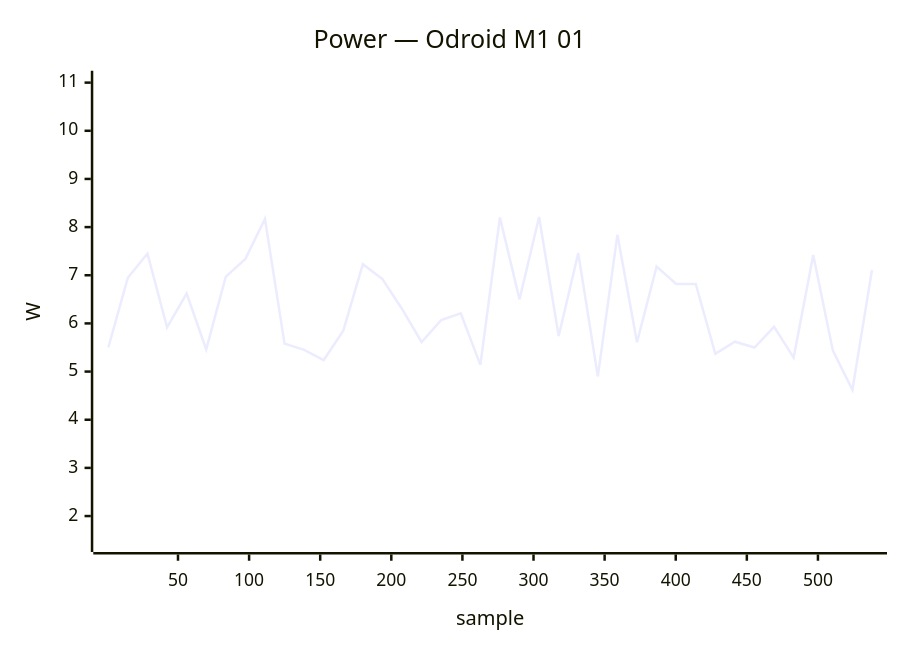
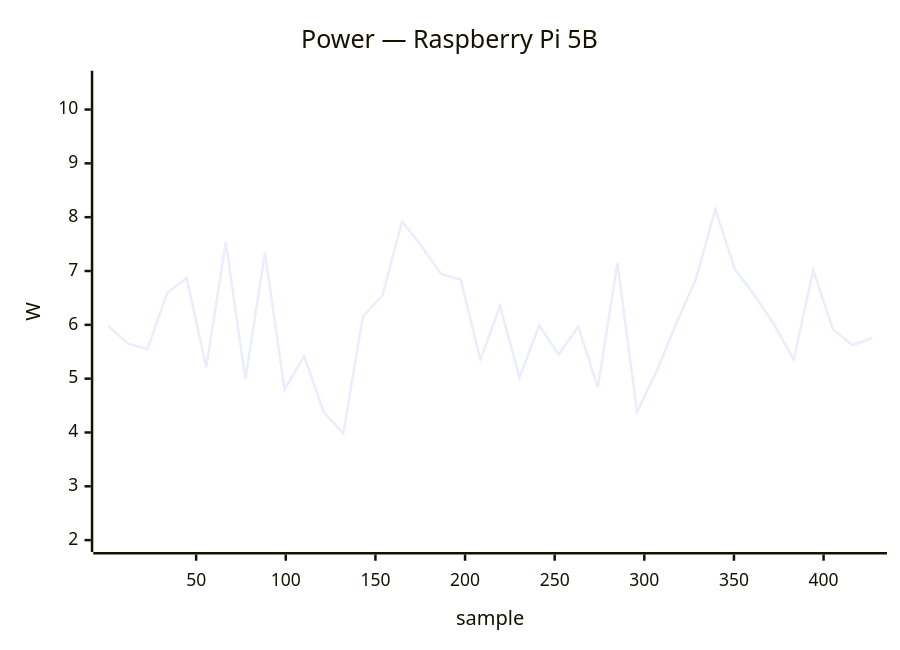
Before and after one commit to armbian/documentation: the eighth of 34 diagrams in docs/status/board-tests.md, drawn with Mermaid. The commit also changed other lines of this file, not shown here.

````diff
--- a/docs/status/board-tests.md
+++ b/docs/status/board-tests.md
@@ -390,7 +489,7 @@
 ```mermaid
 xychart-beta
-    title "Power — Odroid M1 01"
-    x-axis "sample" 1 --> 538
-    y-axis "W" 1.5 --> 11.0
-    line [5.50, 6.95, 7.45, 5.92, 6.62, 5.46, 6.97, 7.34, 8.17, 5.58, 5.45, 5.24, 5.85, 7.23, 6.92, 6.30, 5.61, 6.07, 6.21, 5.14, 8.20, 6.50, 8.21, 5.74, 7.46, 4.90, 7.84, 5.61, 7.18, 6.82, 6.82, 5.37, 5.62, 5.50, 5.93, 5.29, 7.42, 5.44, 4.62, 7.11]
+    title "Power — Raspberry Pi 5B"
+    x-axis "sample" 1 --> 427
+    y-axis "W" 2.0 --> 10.5
+    line [5.98, 5.65, 5.55, 6.59, 6.87, 5.21, 7.54, 4.99, 7.34, 4.80, 5.42, 4.38, 3.98, 6.15, 6.55, 7.92, 7.46, 6.94, 6.84, 5.35, 6.35, 5.02, 5.99, 5.45, 5.97, 4.84, 7.15, 4.38, 5.14, 6.02, 6.84, 8.15, 7.03, 6.55, 6.01, 5.35, 7.01, 5.92, 5.62, 5.75]
 ```
````
